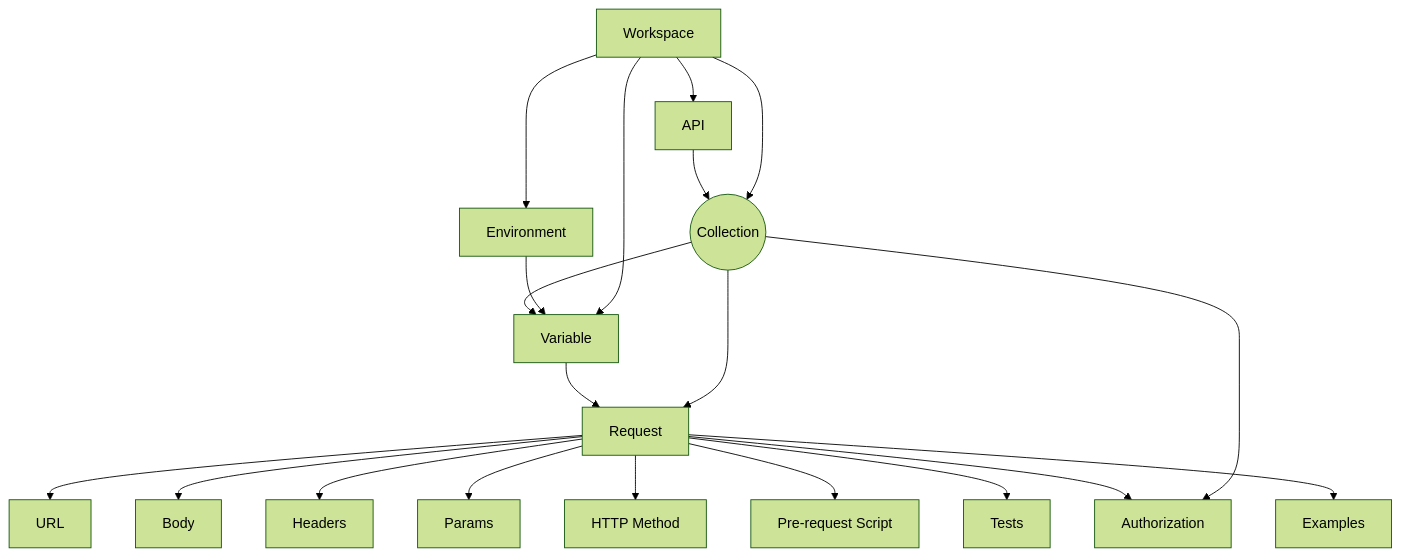
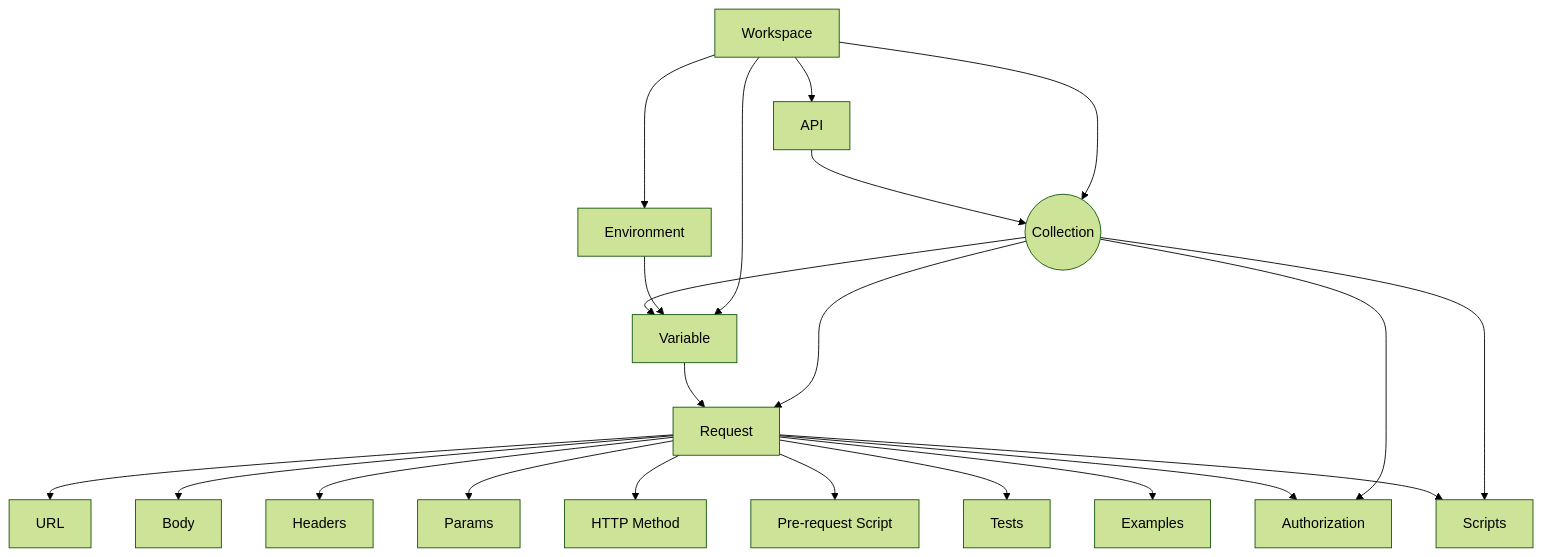
Before and after one commit to taneron/konfig: the first of 4 diagrams in generator/konfig-docs/blog/2023-06-28-how-to-use-postman-to-test-api/2023-06-28-how-to-use-postman-to-test.mdx, drawn with Mermaid (forest theme). The commit also changed other lines of this file and 4 other files, not shown here.

````diff
--- a/generator/konfig-docs/blog/2023-06-28-how-to-use-postman-to-test-api/2023-06-28-how-to-use-postman-to-test.mdx
+++ b/generator/konfig-docs/blog/2023-06-28-how-to-use-postman-to-test-api/2023-06-28-how-to-use-postman-to-test.mdx
@@ -112,22 +126,25 @@
 ```mermaid
 flowchart TD
+    C:::highlighted-node
     Workspace --> C((Collection))
     Workspace --> API
     Workspace --> Environment
     Workspace --> Variable
     Environment --> Variable
     API --> C
     C --> Variable
     C --> Request
     C --> Authorization
+    C --> Scripts
     Request --> URL
     Variable --> Request
     Request --> Body
     Request --> Headers
     Request --> Params
     Request --> Method[HTTP Method]
     Request --> PRS[Pre-request Script]
     Request --> Tests
     Request --> Authorization
     Request --> Examples
+    Request --> Scripts
 ```
````
